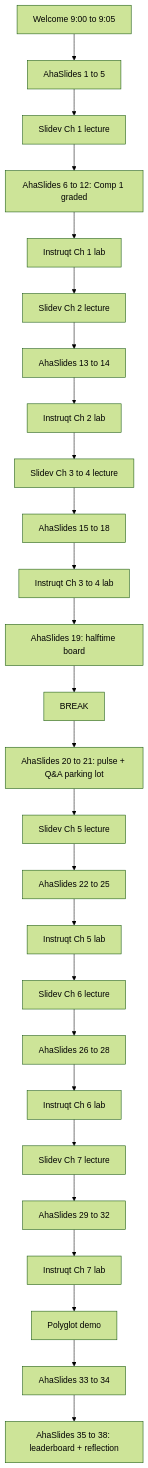
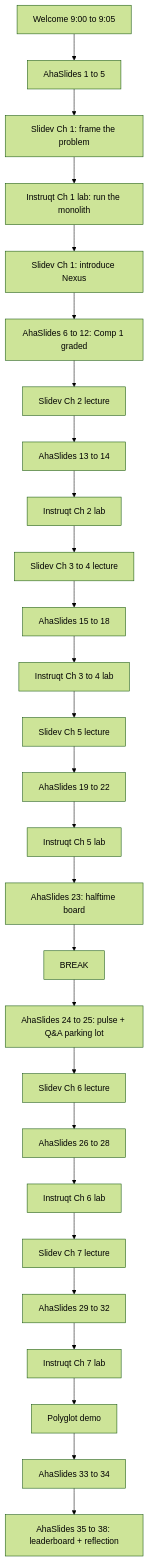
Before and after one commit to temporalio/workshop-nexus-intro-instruqt: the diagram in aha.md, drawn with Mermaid (forest theme). The commit also changed other lines of this file and 18 other files, not shown here.

````diff
--- a/aha.md
+++ b/aha.md
@@ -155,35 +159,36 @@
 ```mermaid
 flowchart TD
     Welcome[Welcome 9:00 to 9:05] --> AhaW[AhaSlides 1 to 5]
-    AhaW --> Slidev1[Slidev Ch 1 lecture]
-    Slidev1 --> AhaQ1[AhaSlides 6 to 12: Comp 1 graded]
-    AhaQ1 --> Inst1[Instruqt Ch 1 lab]
+    AhaW --> Slidev1Frame[Slidev Ch 1: frame the problem]
+    Slidev1Frame --> Inst1[Instruqt Ch 1 lab: run the monolith]
+    Inst1 --> Slidev1Sol[Slidev Ch 1: introduce Nexus]
+    Slidev1Sol --> AhaQ1[AhaSlides 6 to 12: Comp 1 graded]
 
-    Inst1 --> Slidev2[Slidev Ch 2 lecture]
+    AhaQ1 --> Slidev2[Slidev Ch 2 lecture]
     Slidev2 --> AhaC2[AhaSlides 13 to 14]
     AhaC2 --> Inst2[Instruqt Ch 2 lab]
 
     Inst2 --> Slidev3[Slidev Ch 3 to 4 lecture]
     Slidev3 --> AhaC34[AhaSlides 15 to 18]
     AhaC34 --> Inst34[Instruqt Ch 3 to 4 lab]
-    Inst34 --> Half[AhaSlides 19: halftime board]
+
+    Inst34 --> Slidev5[Slidev Ch 5 lecture]
+    Slidev5 --> AhaC5[AhaSlides 19 to 22]
+    AhaC5 --> Inst5[Instruqt Ch 5 lab]
+    Inst5 --> Half[AhaSlides 23: halftime board]
 
     Half --> Break[BREAK]
-    Break --> AhaPre[AhaSlides 20 to 21: pulse + Q&A parking lot]
+    Break --> AhaPre[AhaSlides 24 to 25: pulse + Q&A parking lot]
 
-    AhaPre --> Slidev5[Slidev Ch 5 lecture]
-    Slidev5 --> AhaC5[AhaSlides 22 to 25]
-    AhaC5 --> Inst5[Instruqt Ch 5 lab]
-
-    Inst5 --> Slidev6[Slidev Ch 6 lecture]
+    AhaPre --> Slidev6[Slidev Ch 6 lecture]
     Slidev6 --> AhaC6[AhaSlides 26 to 28]
     AhaC6 --> Inst6[Instruqt Ch 6 lab]
 
     Inst6 --> Slidev7[Slidev Ch 7 lecture]
     Slidev7 --> AhaC7[AhaSlides 29 to 32]
     AhaC7 --> Inst7[Instruqt Ch 7 lab]
 
     Inst7 --> Polyglot[Polyglot demo]
     Polyglot --> AhaPG[AhaSlides 33 to 34]
     AhaPG --> AhaWrap[AhaSlides 35 to 38: leaderboard + reflection]
 ```
````
